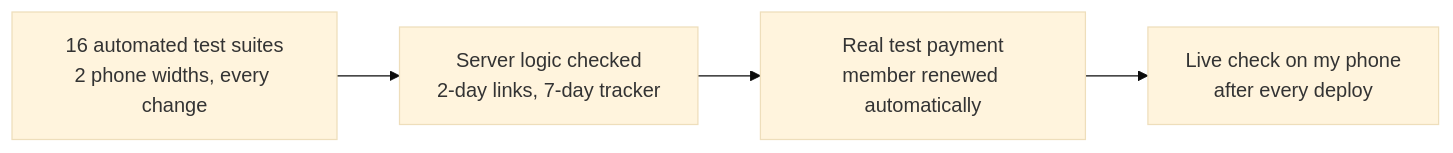
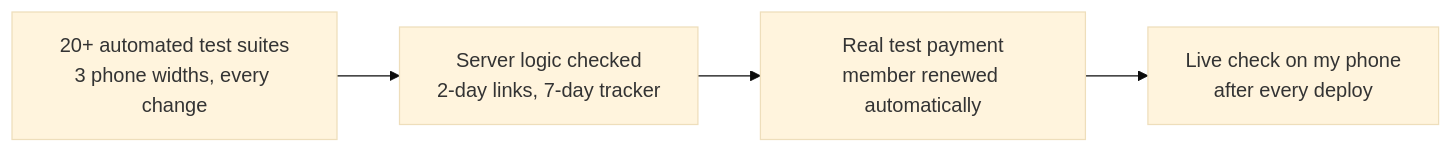
Before and after one commit to Harsh260901/PocketRazor: the ninth of 9 diagrams in AI_BUILD_LOG.md, drawn with Mermaid (base theme). The commit also changed other lines of this file and 18 other files, not shown here.

````diff
--- a/AI_BUILD_LOG.md
+++ b/AI_BUILD_LOG.md
@@ -375,6 +383,6 @@
 ```mermaid
 flowchart LR
-  A["16 automated test suites<br/>2 phone widths, every change"] --> B["Server logic checked<br/>2-day links, 7-day tracker"]
+  A["20+ automated test suites<br/>3 phone widths, every change"] --> B["Server logic checked<br/>2-day links, 7-day tracker"]
   B --> C["Real test payment<br/>member renewed automatically"]
   C --> D["Live check on my phone<br/>after every deploy"]
 ```
````
